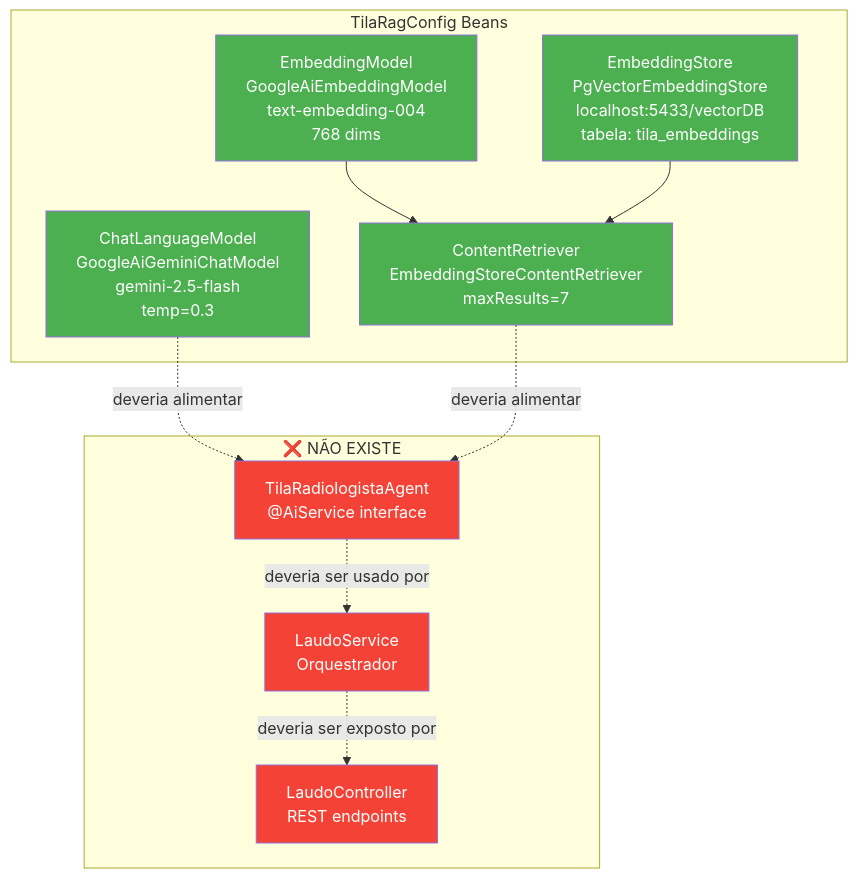
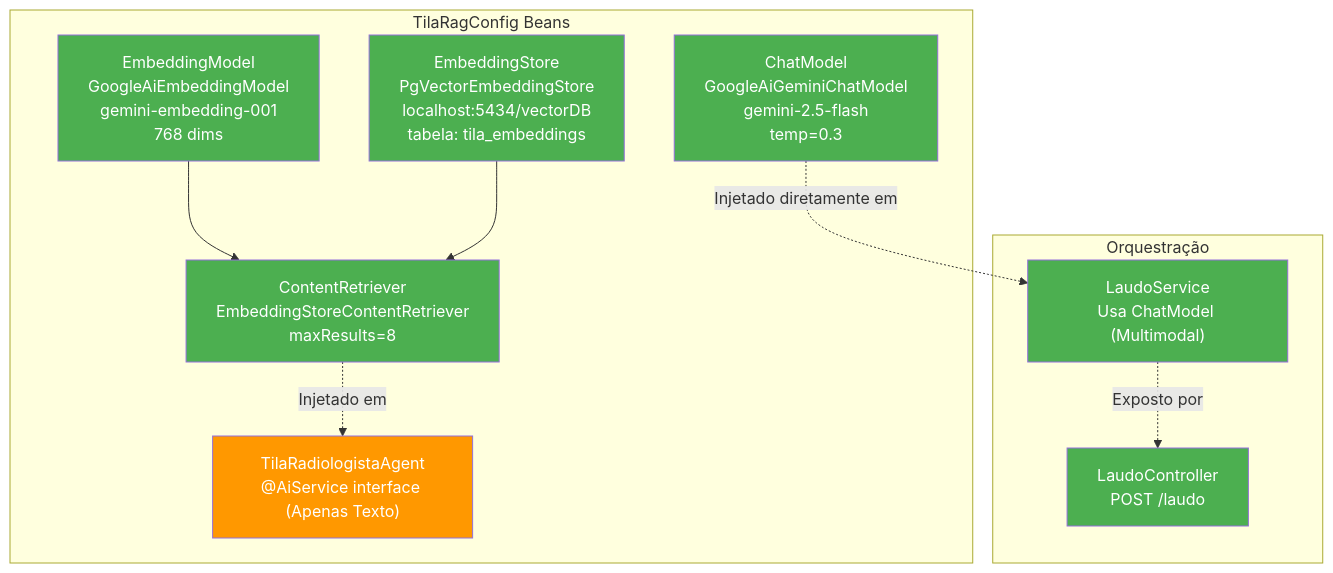
The second of 5 diagrams in context/ai-pipeline.md (RyanAguiiarr/Tila_Brain), drawn with Mermaid before and after one commit. The commit also changed other lines of this file and 19 other files, not shown here.

````diff
--- a/context/ai-pipeline.md
+++ b/context/ai-pipeline.md
@@ -86,31 +88,30 @@
 ```mermaid
 graph TD
     subgraph "TilaRagConfig Beans"
-        A["ChatLanguageModel<br/>GoogleAiGeminiChatModel<br/>gemini-2.5-flash<br/>temp=0.3"]
-        B["EmbeddingModel<br/>GoogleAiEmbeddingModel<br/>text-embedding-004<br/>768 dims"]
-        C["EmbeddingStore<br/>PgVectorEmbeddingStore<br/>localhost:5433/vectorDB<br/>tabela: tila_embeddings"]
-        D["ContentRetriever<br/>EmbeddingStoreContentRetriever<br/>maxResults=7"]
+        A["ChatModel<br/>GoogleAiGeminiChatModel<br/>gemini-2.5-flash<br/>temp=0.3"]
+        B["EmbeddingModel<br/>GoogleAiEmbeddingModel<br/>gemini-embedding-001<br/>768 dims"]
+        C["EmbeddingStore<br/>PgVectorEmbeddingStore<br/>localhost:5434/vectorDB<br/>tabela: tila_embeddings"]
+        D["ContentRetriever<br/>EmbeddingStoreContentRetriever<br/>maxResults=8"]
+        E["TilaRadiologistaAgent<br/>@AiService interface (Apenas Texto)"]
     end
 
     B --> D
     C --> D
 
-    subgraph "❌ NÃO EXISTE"
-        E["TilaRadiologistaAgent<br/>@AiService interface"]
-        F["LaudoService<br/>Orquestrador"]
-        G["LaudoController<br/>REST endpoints"]
+    subgraph "Orquestração"
+        F["LaudoService<br/>Usa ChatModel (Multimodal)"]
+        G["LaudoController<br/>POST /laudo"]
     end
 
-    A -.->|"deveria alimentar"| E
-    D -.->|"deveria alimentar"| E
-    E -.->|"deveria ser usado por"| F
-    F -.->|"deveria ser exposto por"| G
+    A -.->|"Injetado diretamente em"| F
+    D -.->|"Injetado em"| E
+    F -.->|"Exposto por"| G
 
     style A fill:#4CAF50,color:#fff
     style B fill:#4CAF50,color:#fff
     style C fill:#4CAF50,color:#fff
     style D fill:#4CAF50,color:#fff
-    style E fill:#f44336,color:#fff
-    style F fill:#f44336,color:#fff
-    style G fill:#f44336,color:#fff
+    style E fill:#FF9800,color:#fff
+    style F fill:#4CAF50,color:#fff
+    style G fill:#4CAF50,color:#fff
 ```
````
